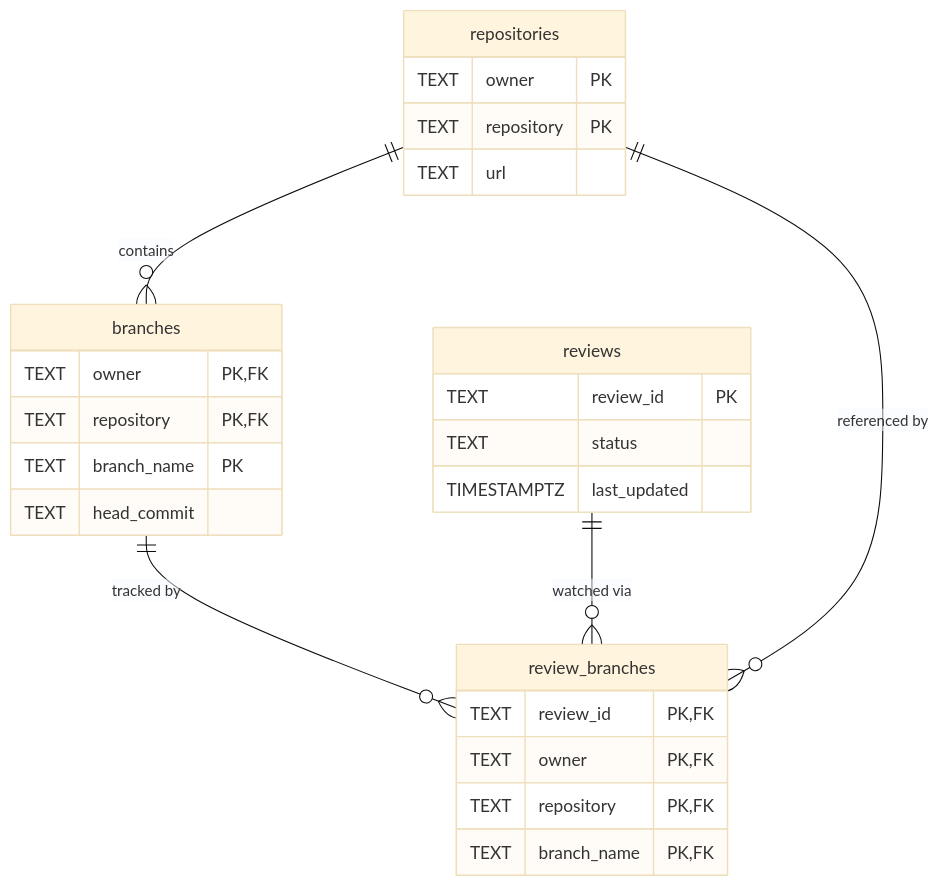
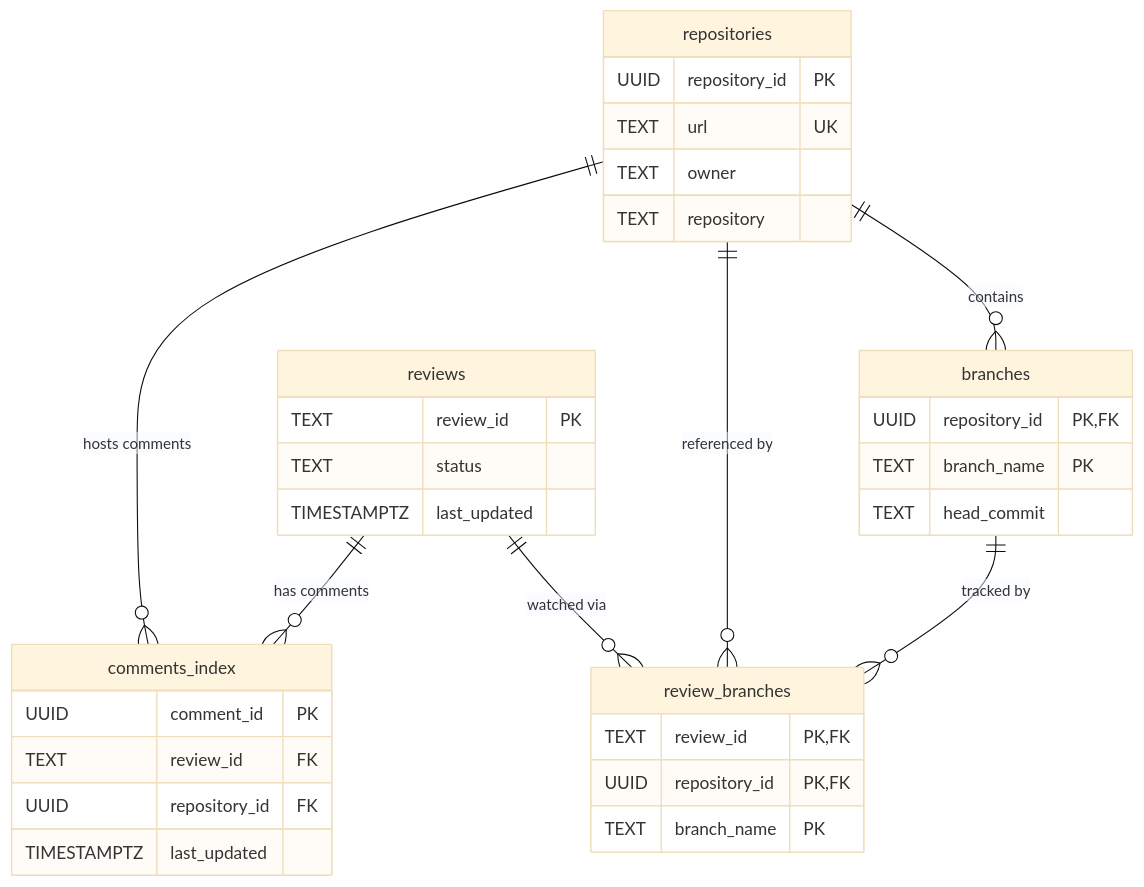
One commit to raider001/ReviewToolCentralIndexer changed the diagram in Documentation/Design/storage.md. Above: the diagram before and after it, drawn with Mermaid (base theme). The commit also changed other lines of this file and 105 other files, not shown here.

````diff
--- a/Documentation/Design/storage.md
+++ b/Documentation/Design/storage.md
@@ -28,33 +32,41 @@
 ```mermaid
 erDiagram
 	repositories {
-		TEXT owner PK
-		TEXT repository PK
-		TEXT url
+		UUID repository_id PK
+		TEXT url UK
+		TEXT owner
+		TEXT repository
 	}
 
 	branches {
-		TEXT owner PK, FK
-		TEXT repository PK, FK
+		UUID repository_id PK, FK
 		TEXT branch_name PK
 		TEXT head_commit
 	}
 
 	reviews {
 		TEXT review_id PK
 		TEXT status
 		TIMESTAMPTZ last_updated
 	}
 
 	review_branches {
 		TEXT review_id PK, FK
-		TEXT owner PK, FK
-		TEXT repository PK, FK
-		TEXT branch_name PK, FK
+		UUID repository_id PK, FK
+		TEXT branch_name PK
 	}
 
 	repositories ||--o{ branches : "contains"
 	branches ||--o{ review_branches : "tracked by"
 	reviews ||--o{ review_branches : "watched via"
 	repositories ||--o{ review_branches : "referenced by"
+	repositories ||--o{ comments_index : "hosts comments"
+	reviews ||--o{ comments_index : "has comments"
+
+	comments_index {
+		UUID comment_id PK
+		TEXT review_id FK
+		UUID repository_id FK
+		TIMESTAMPTZ last_updated
+	}
 ```
````
